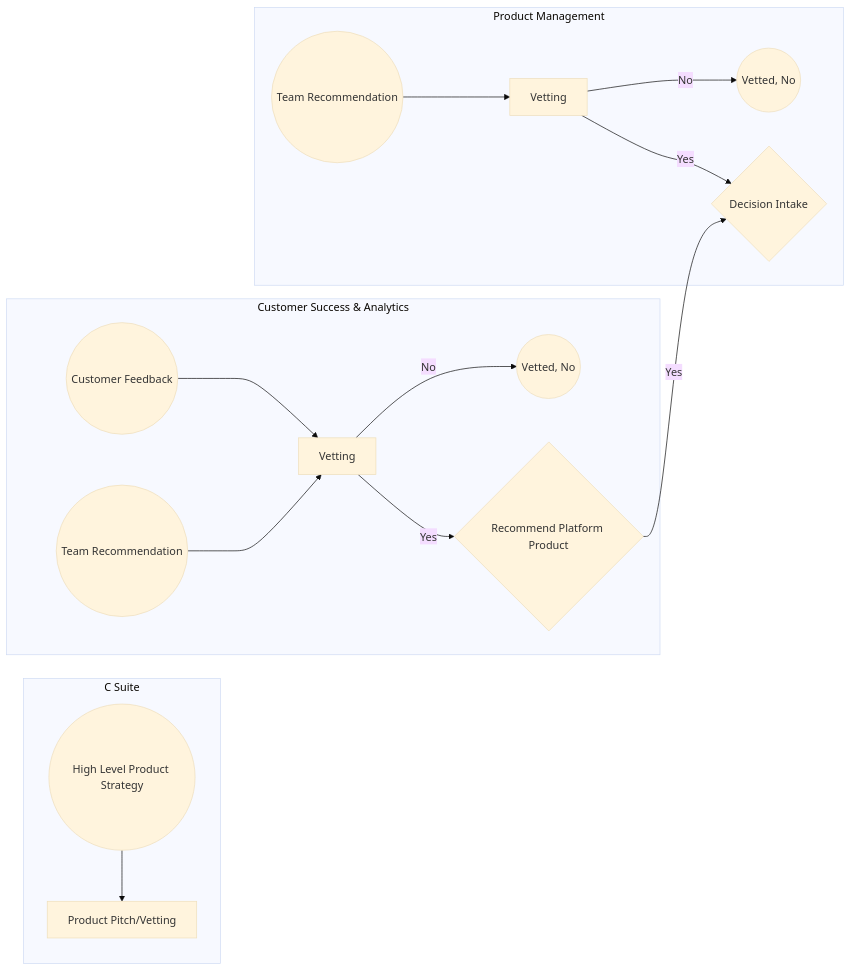
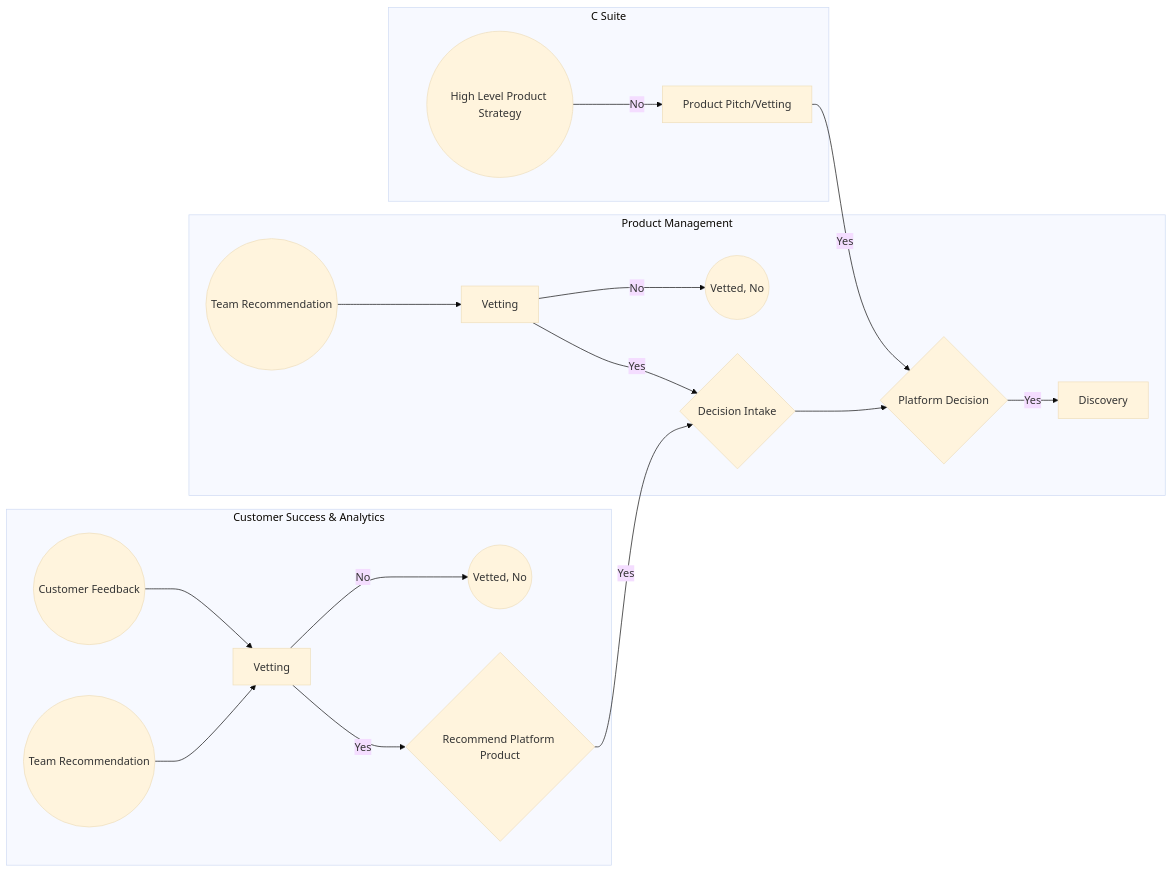
The diagram in in_progress_documentation/sdlc.md (JaimieLD/portfolio), drawn with Mermaid (base theme) before and after one commit.

Commit message:
Update sdlc.md
Continued to build out mermaid flowchart/process diagram

````diff
--- a/in_progress_documentation/sdlc.md
+++ b/in_progress_documentation/sdlc.md
@@ -3,37 +3,42 @@
 ```mermaid
 
 flowchart LR
 
 subgraph C Suite
 id01((High Level Product Strategy))
 id04[Product Pitch/Vetting]
 end
 
-id01 --> id04
+id01 --"No"--> id04
+id04 --"Yes"--> id12
 
 subgraph Customer Success & Analytics
 id02((Customer Feedback))
 id03((Team Recommendation))
 id05[Vetting]
 id06((Vetted, No))
 id07{Recommend Platform Product}
 end
 
 id02 --> id05
 id03 --> id05
 id05 --"No"--> id06
 id05 --"Yes"--> id07
 
 subgraph Product Management
 id08((Team Recommendation))
 id09[Vetting]
 id10((Vetted, No))
 id11{Decision Intake}
+id12{Platform Decision}
+id13[Discovery]
 end
 
 id08 --> id09
 id09 --"No"--> id10
 id09 --"Yes"--> id11
 id07 --"Yes"--> id11
+id11 --> id12
+id12 --"Yes"--> id13
 
 ```
````
